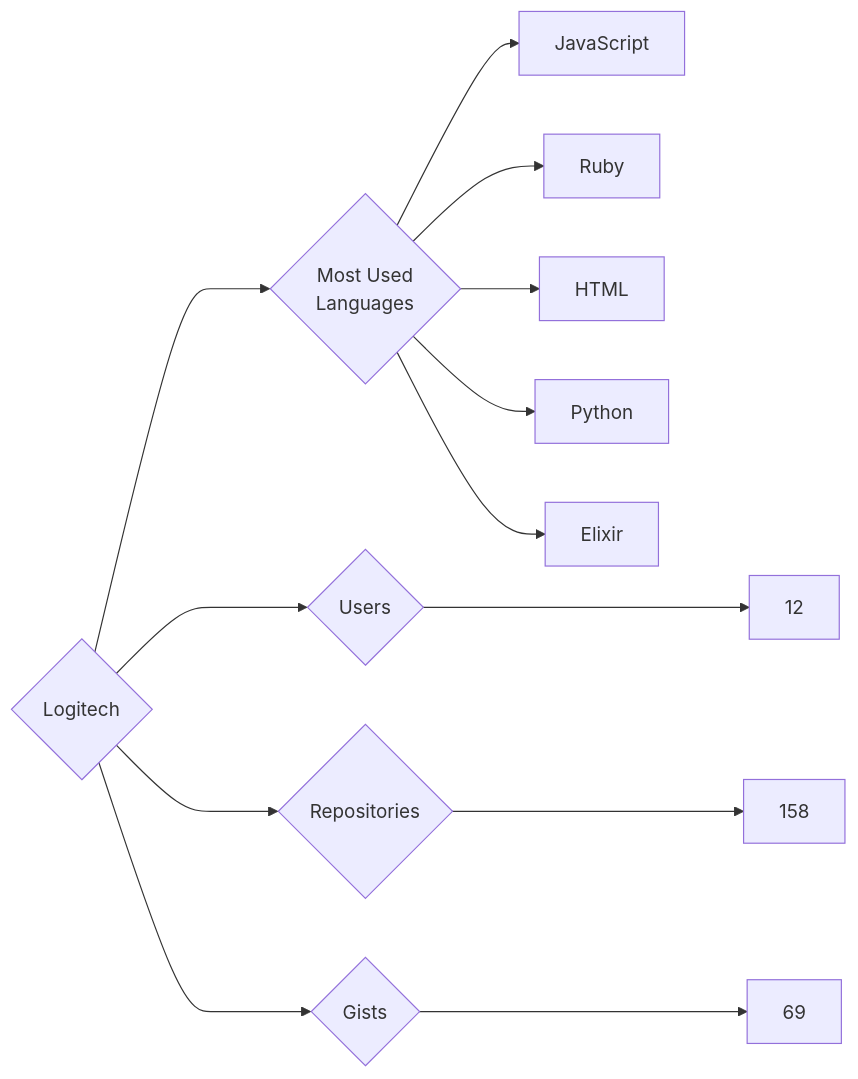
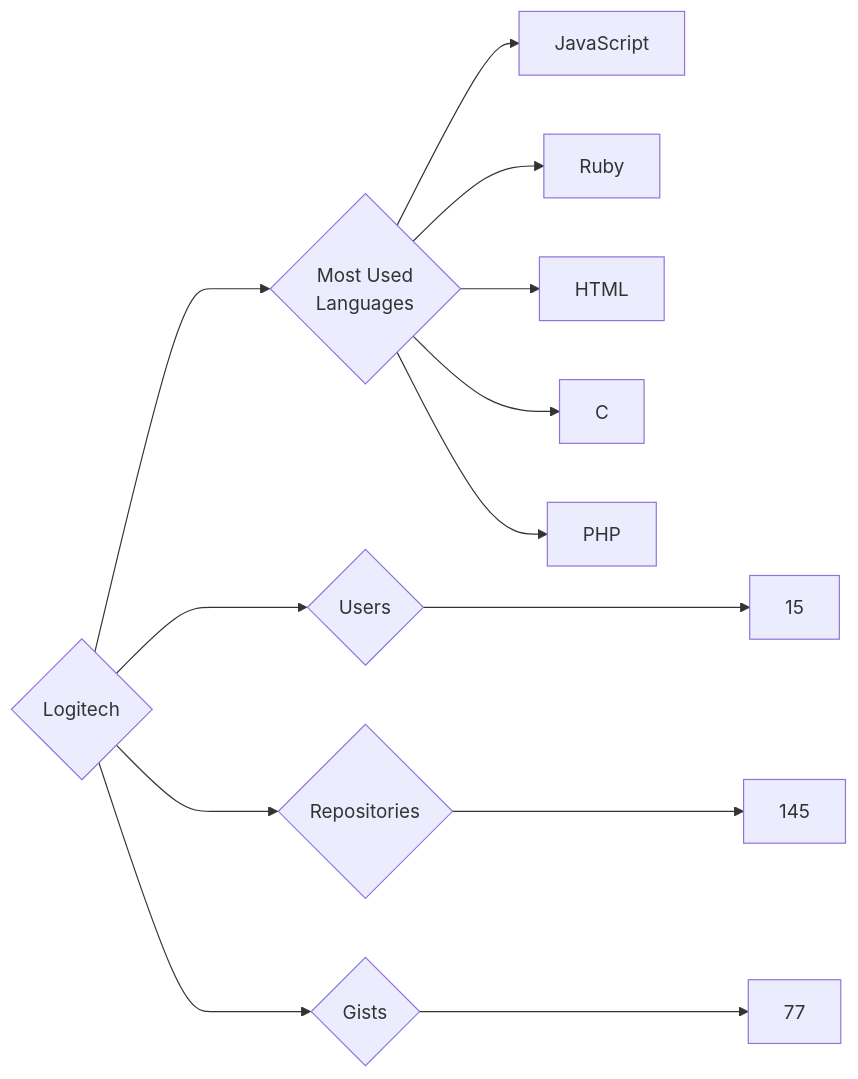
The diagram in targets/Logitech/README.md (trickest/insiders), drawn with Mermaid before and after one commit. The commit also changed 1484 other files, not shown here.

````diff
--- a/targets/Logitech/README.md
+++ b/targets/Logitech/README.md
@@ -3,13 +3,13 @@
 ```mermaid
 graph LR
 COMPANY_NAME{Logitech}
-COMPANY_NAME ---> U{Users} ---> UN[12]
-COMPANY_NAME ---> R{Repositories} ---> RN[158]
-COMPANY_NAME ---> G{Gists} ---> GN[69]
+COMPANY_NAME ---> U{Users} ---> UN[15]
+COMPANY_NAME ---> R{Repositories} ---> RN[145]
+COMPANY_NAME ---> G{Gists} ---> GN[77]
 COMPANY_NAME ---> ML{Most Used<br>Languages}
 ML --> JavaScript[JavaScript]
 ML --> Ruby[Ruby]
 ML --> HTML[HTML]
-ML --> Python[Python]
-ML --> Elixir[Elixir]
+ML --> C[C]
+ML --> PHP[PHP]
 ```
````
